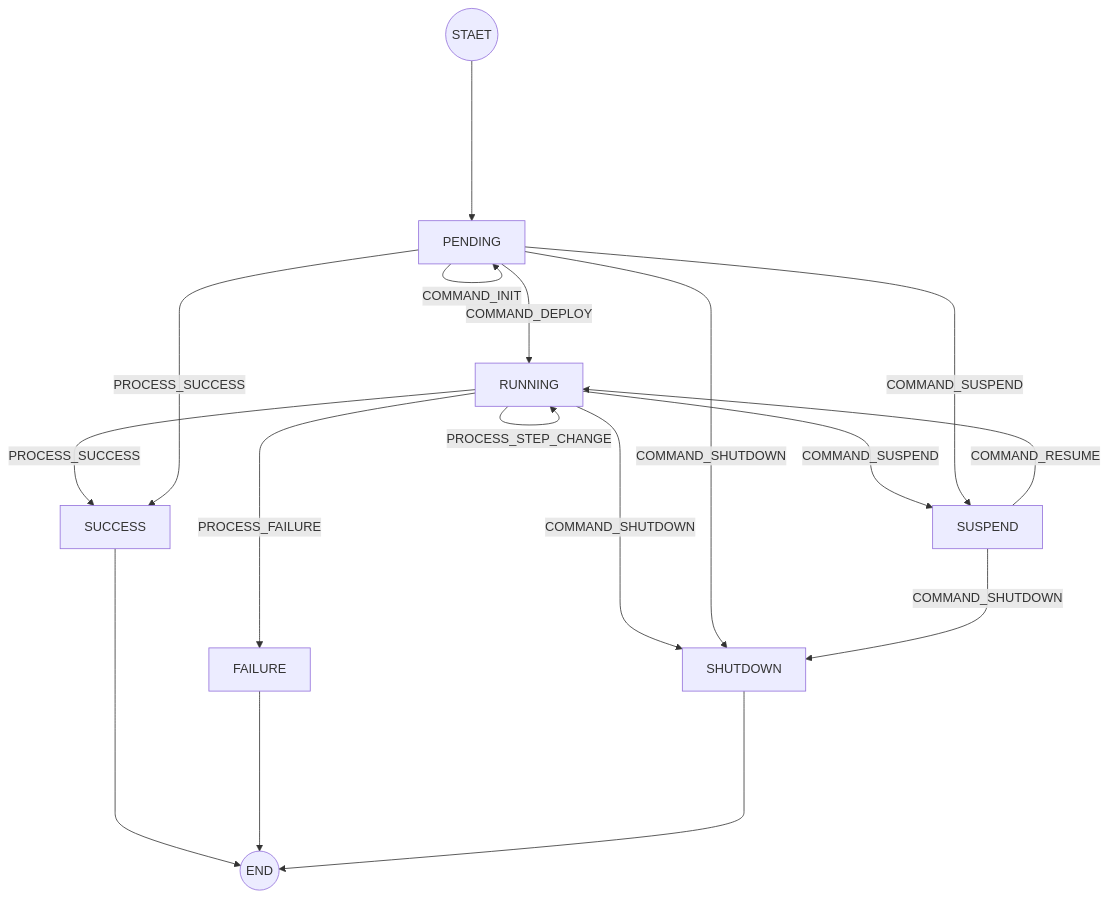
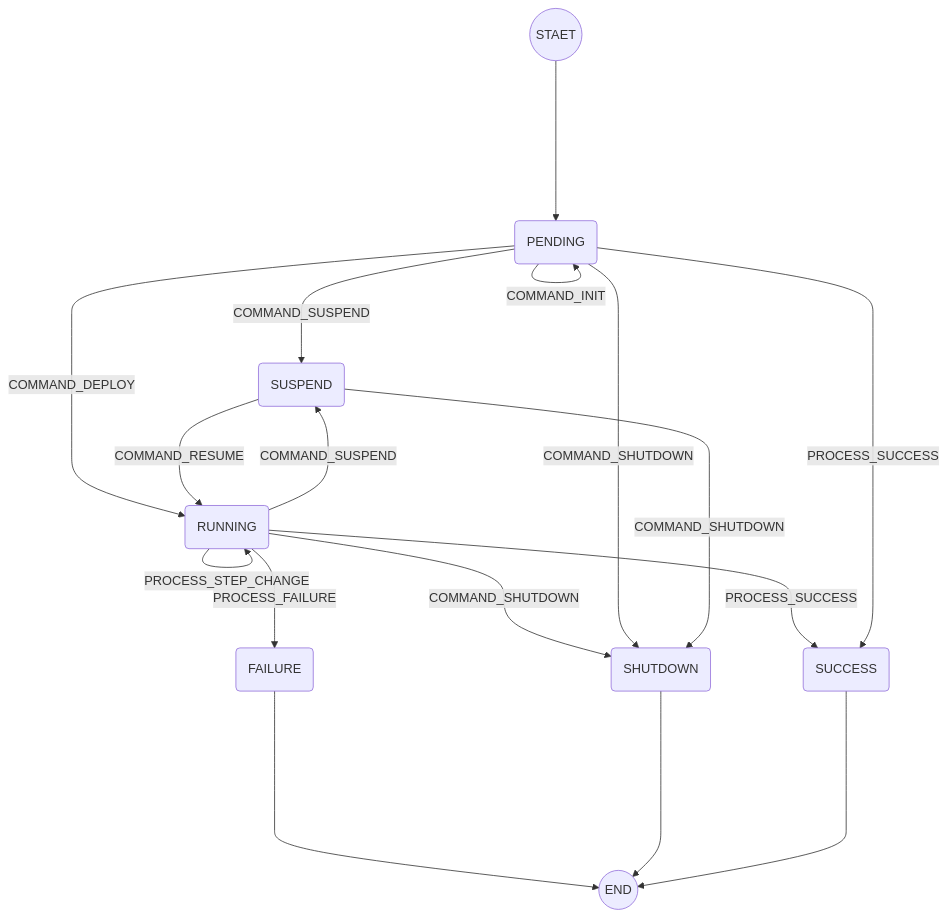
Before and after one commit to kalencaya/docs: the first of 3 diagrams in docs/2025/zh/project/workflow/orchestration/design.md, drawn with Mermaid. The commit also changed other lines of this file, not shown here.

````diff
--- a/docs/2025/zh/project/workflow/orchestration/design.md
+++ b/docs/2025/zh/project/workflow/orchestration/design.md
@@ -128,19 +128,21 @@
 ```mermaid
 flowchart TD;
-		START((STAET)) -----> PENDING;
-		PENDING -- COMMAND_INIT ---> PENDING;
-    PENDING -- COMMAND_DEPLOY ---> RUNNING;
-    RUNNING -- PROCESS_STEP_CHANGE ---> RUNNING;
-    RUNNING -- PROCESS_SUCCESS ---> SUCCESS;
-    RUNNING -- PROCESS_FAILURE ---> FAILURE;
-    RUNNING -- COMMAND_SUSPEND ---> SUSPEND;
-    RUNNING -- COMMAND_SHUTDOWN ---> SHUTDOWN;
-    PENDING -- COMMAND_SHUTDOWN ---> SHUTDOWN;
-    PENDING -- COMMAND_SUSPEND ---> SUSPEND;
-    PENDING -- PROCESS_SUCCESS ---> SUCCESS;
-    SUSPEND -- COMMAND_RESUME ---> RUNNING;
-    SUSPEND -- COMMAND_SHUTDOWN ---> SHUTDOWN;
-    SUCCESS -----> END((END));
-    FAILURE -----> END;
-    SHUTDOWN -----> END;
+START((STAET));
+START -----> PENDING;
+RUNNING(RUNNING) -- COMMAND_SUSPEND --->SUSPEND(SUSPEND);
+RUNNING(RUNNING) -- PROCESS_FAILURE --->FAILURE(FAILURE);
+RUNNING(RUNNING) -- PROCESS_STEP_CHANGE --->RUNNING(RUNNING);
+RUNNING(RUNNING) -- COMMAND_SHUTDOWN --->SHUTDOWN(SHUTDOWN);
+RUNNING(RUNNING) -- PROCESS_SUCCESS --->SUCCESS(SUCCESS);
+PENDING(PENDING) -- COMMAND_SUSPEND --->SUSPEND(SUSPEND);
+PENDING(PENDING) -- COMMAND_DEPLOY --->RUNNING(RUNNING);
+PENDING(PENDING) -- COMMAND_SHUTDOWN --->SHUTDOWN(SHUTDOWN);
+PENDING(PENDING) -- COMMAND_INIT --->PENDING(PENDING);
+PENDING(PENDING) -- PROCESS_SUCCESS --->SUCCESS(SUCCESS);
+SUSPEND(SUSPEND) -- COMMAND_SHUTDOWN --->SHUTDOWN(SHUTDOWN);
+SUSPEND(SUSPEND) -- COMMAND_RESUME --->RUNNING(RUNNING);
+END((END));
+FAILURE -----> END;
+SHUTDOWN -----> END;
+SUCCESS -----> END;
 ```
````
